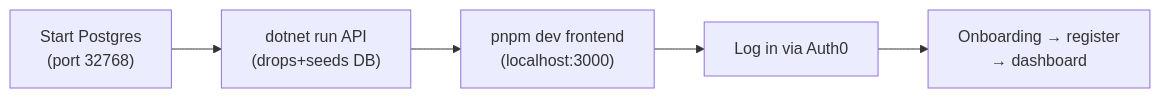
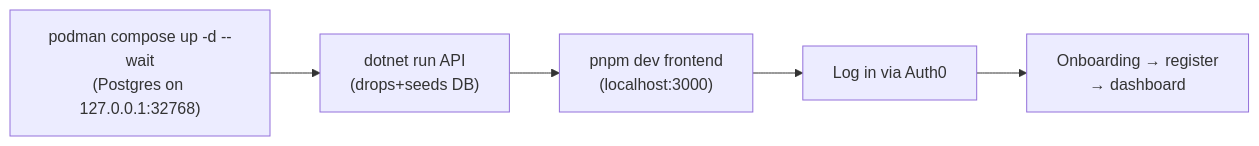
Before and after one commit to devroi5055/nextatlet: the diagram in docs/confluence/04-running-the-application.md, drawn with Mermaid. The commit also changed other lines of this file and 6 other files, not shown here.

````diff
--- a/docs/confluence/04-running-the-application.md
+++ b/docs/confluence/04-running-the-application.md
@@ -145,7 +149,7 @@
 ```mermaid
 flowchart LR
-    A["Start Postgres\n(port 32768)"] --> B["dotnet run API\n(drops+seeds DB)"]
+    A["podman compose up -d --wait\n(Postgres on 127.0.0.1:32768)"] --> B["dotnet run API\n(drops+seeds DB)"]
     B --> C["pnpm dev frontend\n(localhost:3000)"]
     C --> D["Log in via Auth0"]
     D --> E["Onboarding → register\n→ dashboard"]
 ```
````
